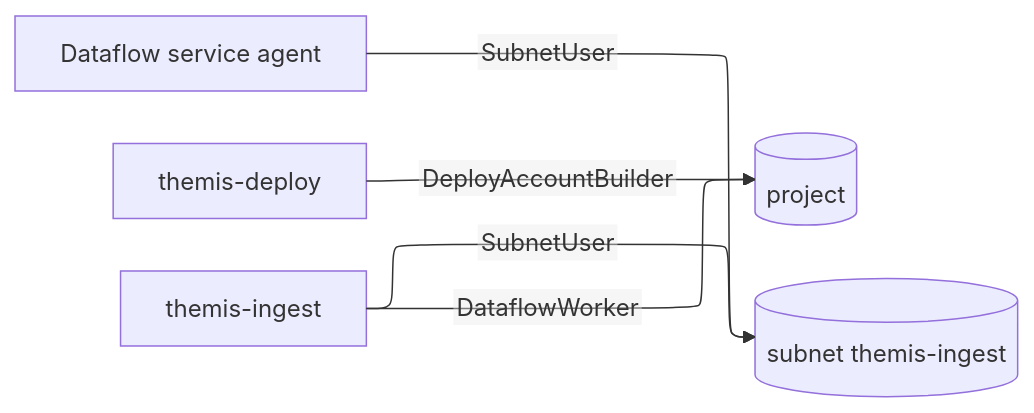
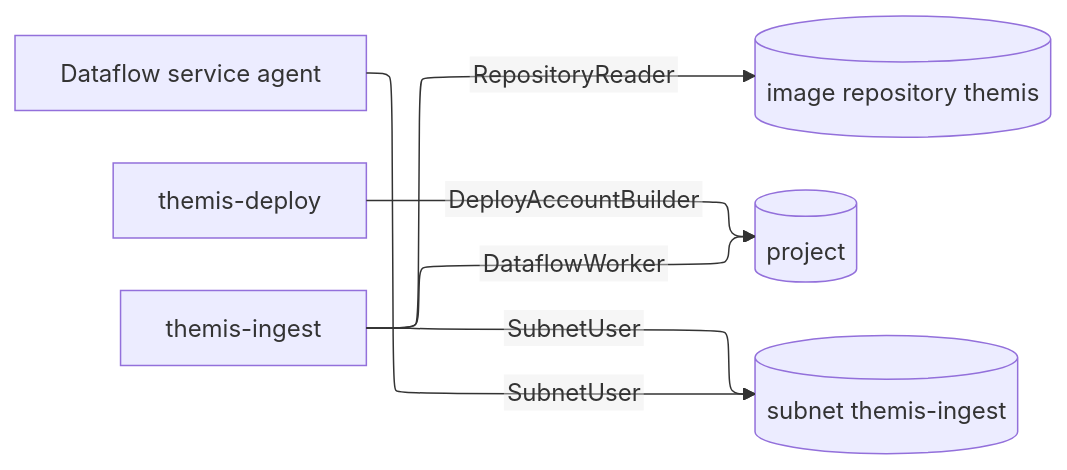
Before and after one commit to populationgenomics/themis: the diagram in docs/design/grants/platform.mmd, drawn with Mermaid. The commit also changed 13 other files, not shown here.

```diff
--- a/docs/design/grants/platform.mmd
+++ b/docs/design/grants/platform.mmd
@@ -1,11 +1,13 @@
 %%{init: {"layout": "elk", "elk": {"mergeEdges": true, "nodePlacementStrategy": "NETWORK_SIMPLEX"}, "htmlLabels": false, "flowchart": {"htmlLabels": false, "wrappingWidth": 320}}}%%
 flowchart LR
     n0["Dataflow service agent"]
     n1["themis-deploy"]
     n2["themis-ingest"]
-    n3[("project")]
-    n4[("subnet themis-ingest")]
-    n0 -->|SubnetUser| n4
-    n1 -->|DeployAccountBuilder| n3
-    n2 -->|DataflowWorker| n3
-    n2 -->|SubnetUser| n4
+    n3[("image repository themis")]
+    n4[("project")]
+    n5[("subnet themis-ingest")]
+    n0 -->|SubnetUser| n5
+    n1 -->|DeployAccountBuilder| n4
+    n2 -->|DataflowWorker| n4
+    n2 -->|RepositoryReader| n3
+    n2 -->|SubnetUser| n5
```
